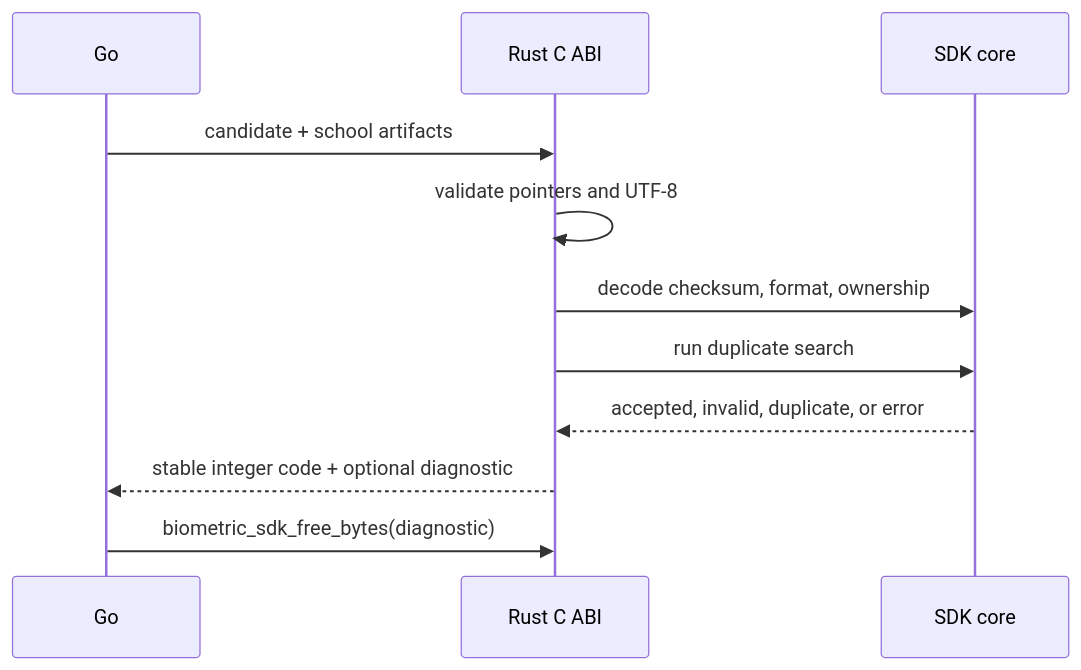
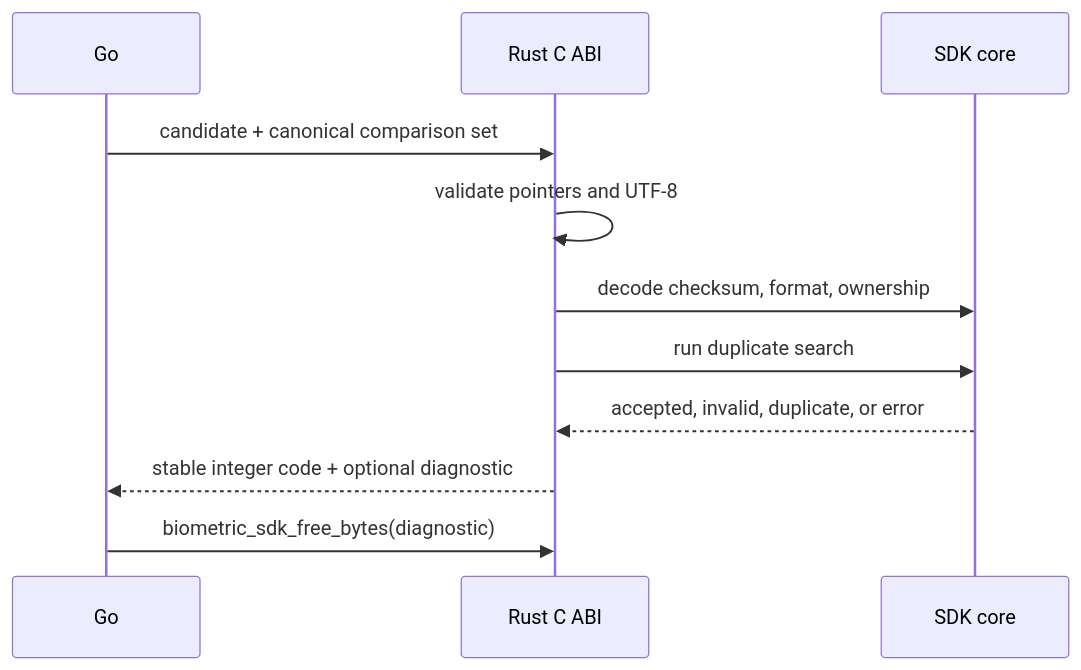
The second of 2 diagrams in feature/biometrics/verification/src/commonMain/rust/docs/server-ffi.md (DataInfosec/tanda), drawn with Mermaid before and after one commit. The commit also changed other lines of this file and 24 other files, not shown here.

````diff
--- a/feature/biometrics/verification/src/commonMain/rust/docs/server-ffi.md
+++ b/feature/biometrics/verification/src/commonMain/rust/docs/server-ffi.md
@@ -54,14 +54,14 @@
 ```mermaid
 sequenceDiagram
     participant Go
     participant FFI as Rust C ABI
     participant Core as SDK core
 
-    Go->>FFI: candidate + school artifacts
+    Go->>FFI: candidate + canonical comparison set
     FFI->>FFI: validate pointers and UTF-8
     FFI->>Core: decode checksum, format, ownership
     FFI->>Core: run duplicate search
     Core-->>FFI: accepted, invalid, duplicate, or error
     FFI-->>Go: stable integer code + optional diagnostic
     Go->>FFI: biometric_sdk_free_bytes(diagnostic)
 ```
````
